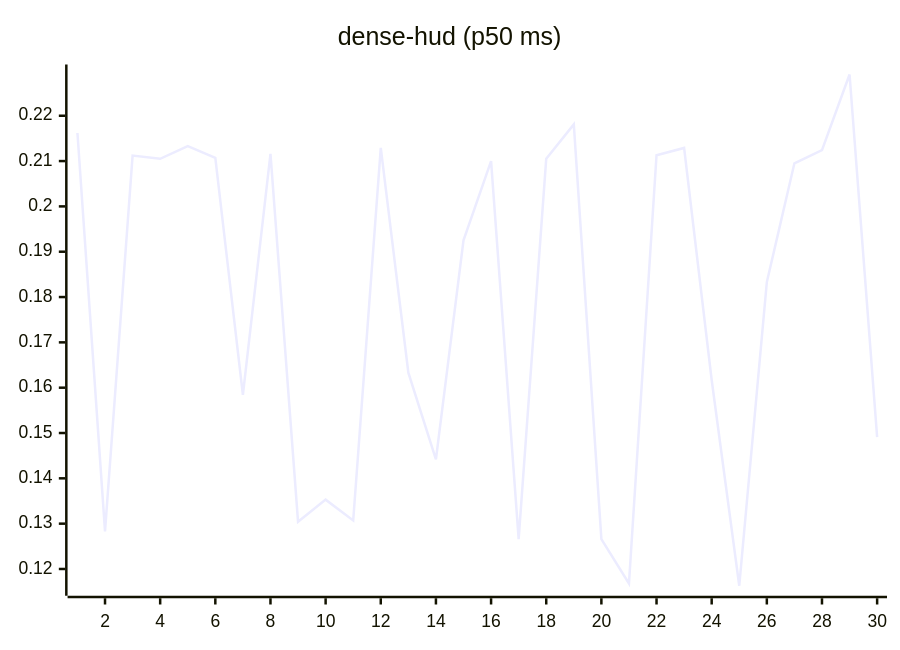
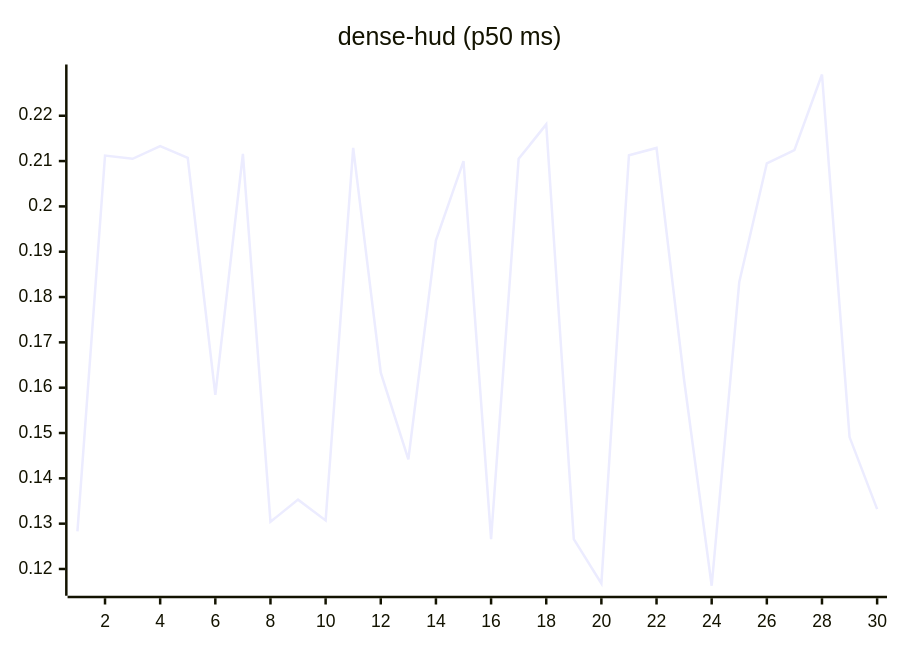
Before and after one commit to josha/Facet: the eighth of 27 diagrams in README.md, drawn with Mermaid. The commit also changed other lines of this file and 2 other files, not shown here.

````diff
--- a/README.md
+++ b/README.md
@@ -112,6 +112,6 @@
 ```mermaid
 xychart-beta
     title "dense-hud (p50 ms)"
     x-axis 1 --> 30
-    line [0.2162, 0.1283, 0.2112, 0.2105, 0.2133, 0.2107, 0.1584, 0.2116, 0.1304, 0.1353, 0.1307, 0.2129, 0.1633, 0.1442, 0.1925, 0.2100, 0.1266, 0.2105, 0.2181, 0.1266, 0.1168, 0.2113, 0.2129, 0.1617, 0.1163, 0.1833, 0.2095, 0.2124, 0.2291, 0.1491]
+    line [0.1283, 0.2112, 0.2105, 0.2133, 0.2107, 0.1584, 0.2116, 0.1304, 0.1353, 0.1307, 0.2129, 0.1633, 0.1442, 0.1925, 0.2100, 0.1266, 0.2105, 0.2181, 0.1266, 0.1168, 0.2113, 0.2129, 0.1617, 0.1163, 0.1833, 0.2095, 0.2124, 0.2291, 0.1491, 0.1332]
 ```
````
